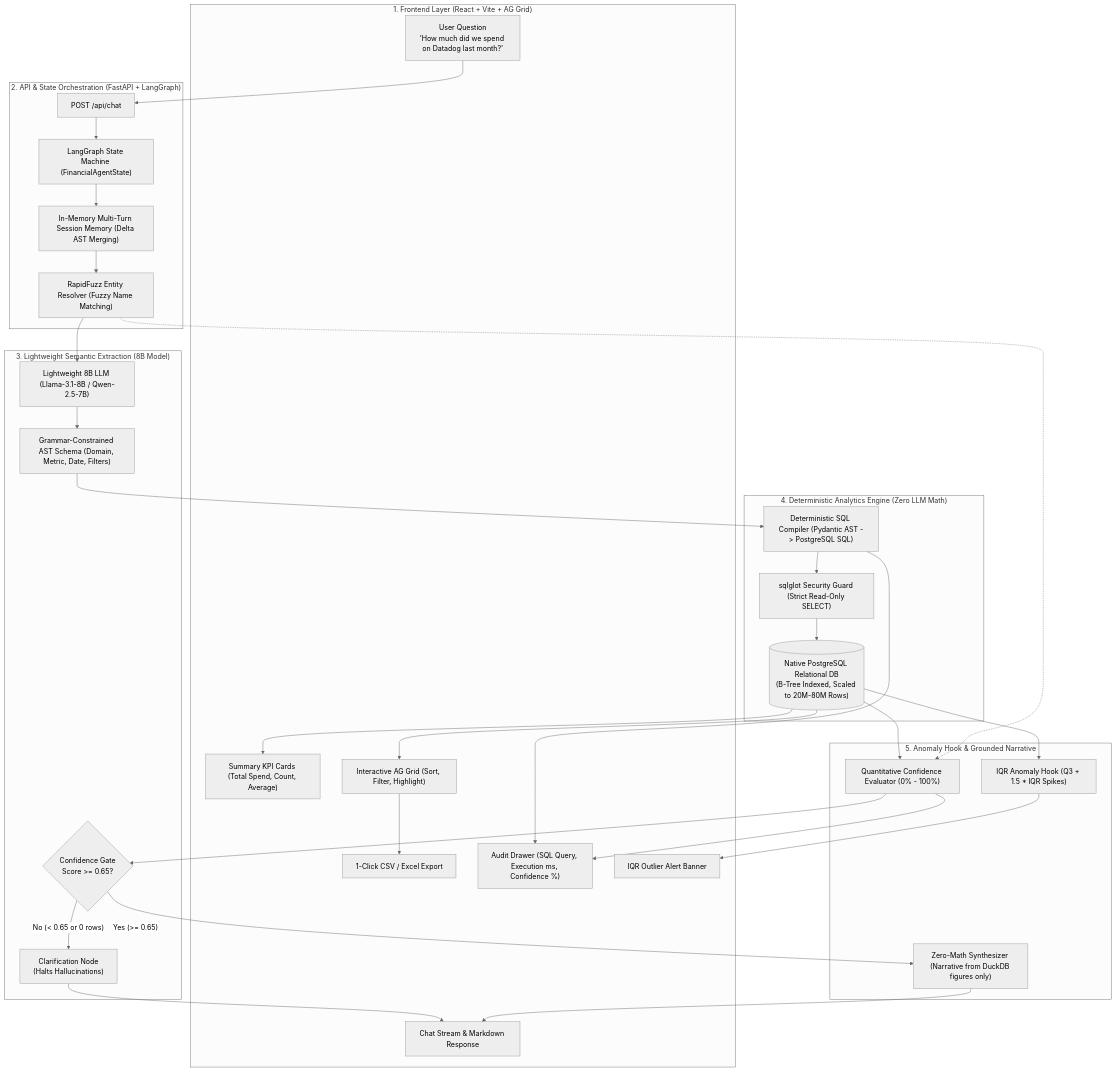
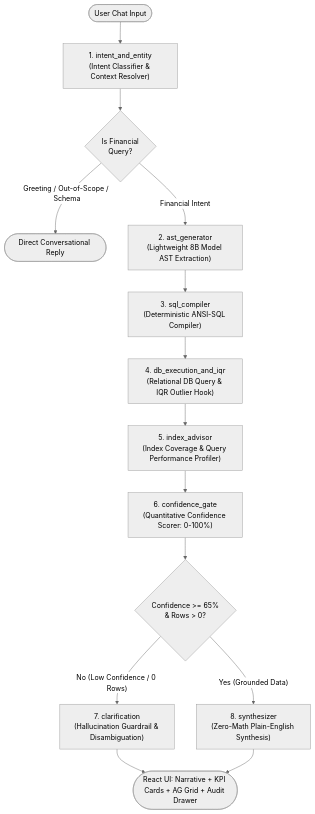
The first of 2 diagrams in README.md (Sumanthbabu-Muthineni/Finops-agent), drawn with Mermaid (neutral theme) before and after one commit. The commit also changed other lines of this file and 7 other files, not shown here.

First line of the commit message:
feat: organize scripts, enhance CSV export UX, and add high-speed RDS seeder

````diff
--- a/README.md
+++ b/README.md
@@ -11,60 +9,20 @@
 ```mermaid
 flowchart TD
-    subgraph Client ["1. Frontend Layer (React + Vite + AG Grid)"]
-        User["User Question\n'How much did we spend on Datadog last month?'"]
-        ChatFeed["Chat Stream & Markdown Response"]
-        KPICards["Summary KPI Cards (Total Spend, Count, Average)"]
-        AGGrid["Interactive AG Grid (Sort, Filter, Highlight)"]
-        CSVBtn["1-Click CSV / Excel Export"]
-        AuditDrawer["Audit Drawer (SQL Query, Execution ms, Confidence %)"]
-        AnomalyBanner["IQR Outlier Alert Banner"]
-    end
-
-    subgraph Gateway ["2. API & State Orchestration (FastAPI + LangGraph)"]
-        APIRoute["POST /api/chat"]
-        StateGraph["LangGraph State Machine (FinancialAgentState)"]
-        SessionStore["In-Memory Multi-Turn Session Memory (Delta AST Merging)"]
-        EntityResolver["RapidFuzz Entity Resolver (Fuzzy Name Matching)"]
-    end
-
-    subgraph Intelligence ["3. Lightweight Semantic Extraction (8B Model)"]
-        LightweightLLM["Lightweight 8B LLM (Llama-3.1-8B / Qwen-2.5-7B)"]
-        PydanticAST["Grammar-Constrained AST Schema (Domain, Metric, Date, Filters)"]
-        ClarificationGate{"Confidence Gate\nScore >= 0.65?"}
-        ClarificationNode["Clarification Node\n(Halts Hallucinations)"]
-    end
-
-    subgraph Execution ["4. Deterministic Analytics Engine (Zero LLM Math)"]
-        Compiler["Deterministic SQL Compiler (Pydantic AST -> PostgreSQL SQL)"]
-        SQLGuard["sqlglot Security Guard (Strict Read-Only SELECT)"]
-        Postgres[("Native PostgreSQL Relational DB\n(B-Tree Indexed, Scaled to 20M-80M Rows)")]
-    end
-
-    subgraph Synthesis ["5. Anomaly Hook & Grounded Narrative"]
-        IQRHook["IQR Anomaly Hook (Q3 + 1.5 * IQR Spikes)"]
-        ConfidenceFormula["Quantitative Confidence Evaluator (0% - 100%)"]
-        ZeroMathSynth["Zero-Math Synthesizer (Narrative from DuckDB figures only)"]
-    end
-
-    %% Workflow Connections
-    User --> APIRoute --> StateGraph
-    StateGraph --> SessionStore --> EntityResolver
-    EntityResolver --> LightweightLLM --> PydanticAST
-    PydanticAST --> Compiler --> SQLGuard --> Postgres
+    Start([User Chat Input]) --> N1["1. intent_and_entity<br/>(Intent Classifier & Context Resolver)"]
     
-    Postgres --> IQRHook
-    Postgres --> ConfidenceFormula
-    EntityResolver -.-> ConfidenceFormula
-
-    ConfidenceFormula --> ClarificationGate
-    ClarificationGate -- "No (< 0.65 or 0 rows)" --> ClarificationNode --> ChatFeed
-    ClarificationGate -- "Yes (>= 0.65)" --> ZeroMathSynth
-
-    ZeroMathSynth --> ChatFeed
-    Postgres --> KPICards
-    Postgres --> AGGrid
-    AGGrid --> CSVBtn
-    Compiler --> AuditDrawer
-    ConfidenceFormula --> AuditDrawer
-    IQRHook --> AnomalyBanner
+    N1 --> CondIntent{Is Financial<br/>Query?}
+    CondIntent -- "Greeting / Out-of-Scope / Schema" --> EndDirect([Direct Conversational Reply])
+    CondIntent -- "Financial Intent" --> N2["2. ast_generator<br/>(Lightweight 8B Model AST Extraction)"]
+    
+    N2 --> N3["3. sql_compiler<br/>(Deterministic ANSI-SQL Compiler)"]
+    N3 --> N4["4. db_execution_and_iqr<br/>(Relational DB Query & IQR Outlier Hook)"]
+    N4 --> N5["5. index_advisor<br/>(Index Coverage & Query Performance Profiler)"]
+    N5 --> N6["6. confidence_gate<br/>(Quantitative Confidence Scorer: 0-100%)"]
+    
+    N6 --> CondConf{Confidence >= 65%<br/>& Rows > 0?}
+    CondConf -- "No (Low Confidence / 0 Rows)" --> N7["7. clarification<br/>(Hallucination Guardrail & Disambiguation)"]
+    CondConf -- "Yes (Grounded Data)" --> N8["8. synthesizer<br/>(Zero-Math Plain-English Synthesis)"]
+    
+    N7 --> EndOutput([React UI: Clarification Prompt])
+    N8 --> EndOutput([React UI: Narrative + KPI Cards + AG Grid + Audit Drawer])
 ```
````
